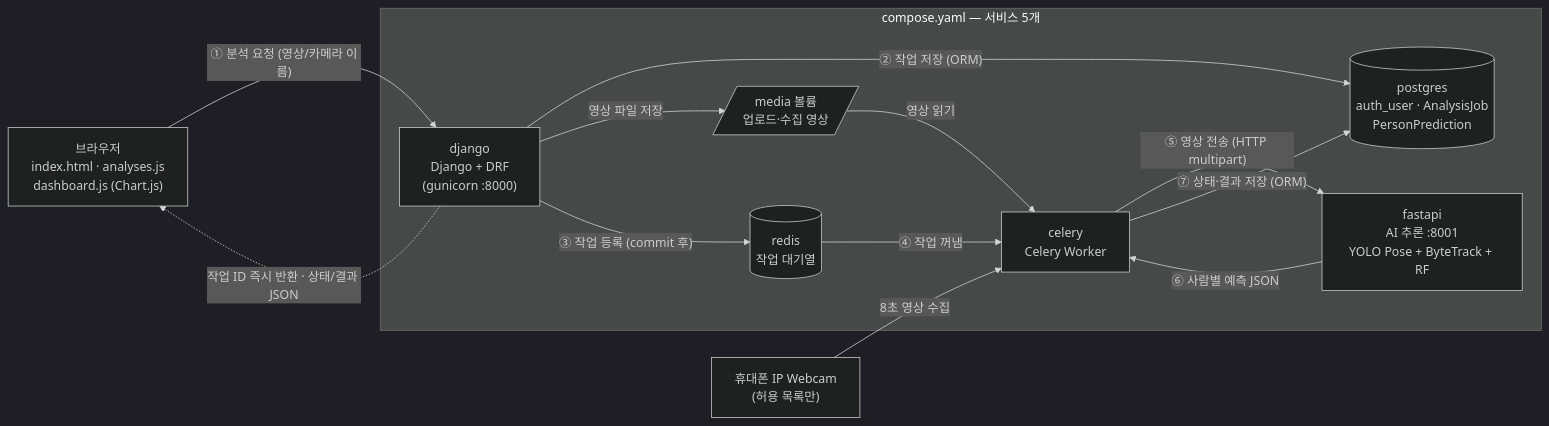
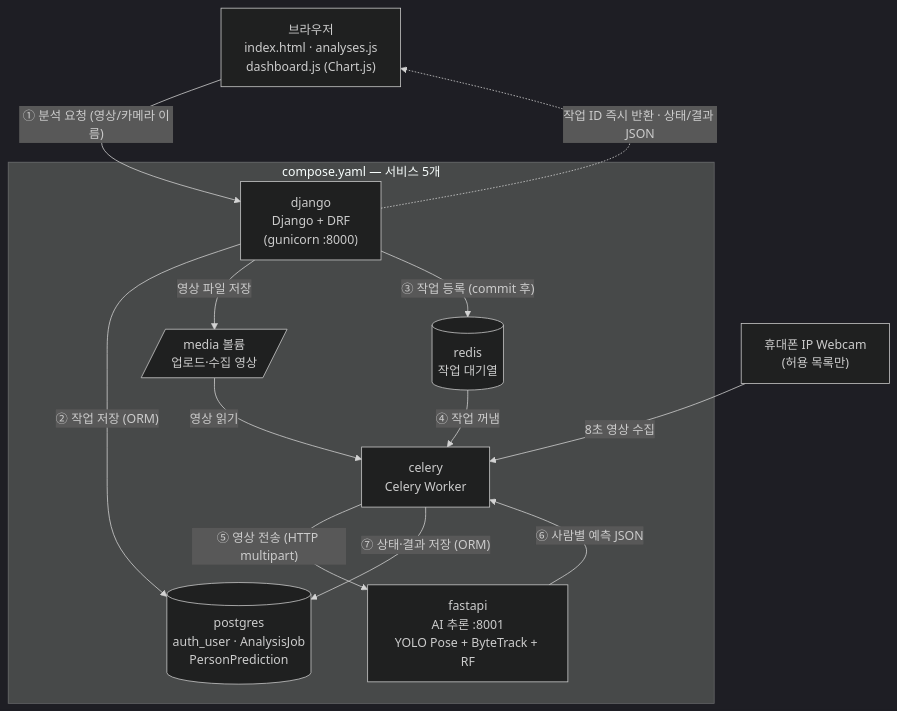
Before and after one commit to wlgptjd333/store-anomaly-service: the first of 3 diagrams in README.md, drawn with Mermaid (dark theme).

Commit message:
README 아키텍처 그림을 세로 배치로

````diff
--- a/README.md
+++ b/README.md
@@ -70,24 +70,24 @@
 ```mermaid
-flowchart LR
+flowchart TB
     B["브라우저<br/>index.html · analyses.js<br/>dashboard.js (Chart.js)"]
     CAM["휴대폰 IP Webcam<br/>(허용 목록만)"]
     subgraph compose["compose.yaml — 서비스 5개"]
         D["django<br/>Django + DRF<br/>(gunicorn :8000)"]
         R[("redis<br/>작업 대기열")]
         C["celery<br/>Celery Worker"]
         F["fastapi<br/>AI 추론 :8001<br/>YOLO Pose + ByteTrack + RF"]
         P[("postgres<br/>auth_user · AnalysisJob<br/>PersonPrediction")]
         M[/"media 볼륨<br/>업로드·수집 영상"/]
     end
     B -- "① 분석 요청 (영상/카메라 이름)" --> D
     D -- "② 작업 저장 (ORM)" --> P
     D -- "영상 파일 저장" --> M
     D -- "③ 작업 등록 (commit 후)" --> R
     D -. "작업 ID 즉시 반환 · 상태/결과 JSON" .-> B
     R -- "④ 작업 꺼냄" --> C
     CAM -- "8초 영상 수집" --> C
     M -- "영상 읽기" --> C
     C -- "⑤ 영상 전송 (HTTP multipart)" --> F
     F -- "⑥ 사람별 예측 JSON" --> C
     C -- "⑦ 상태·결과 저장 (ORM)" --> P
 ```
````
